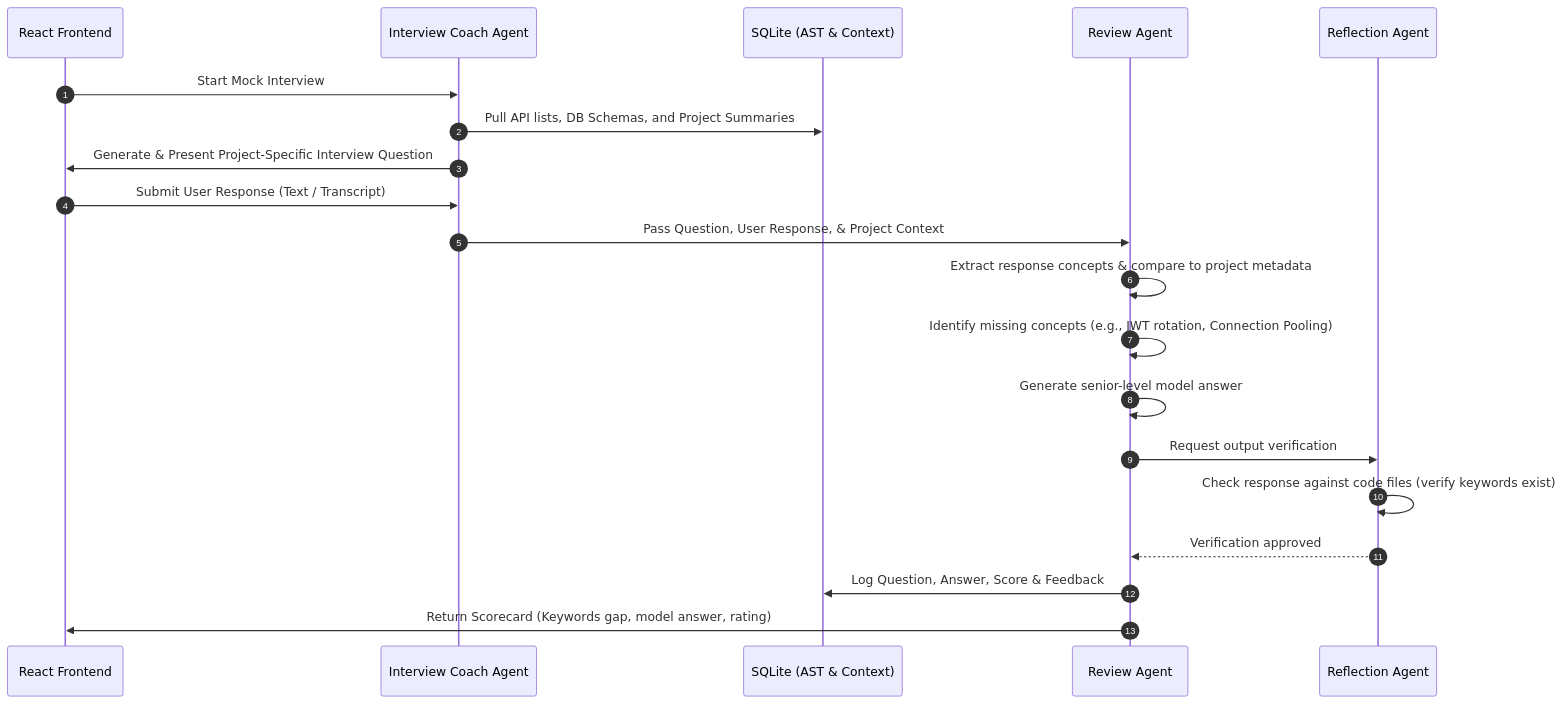
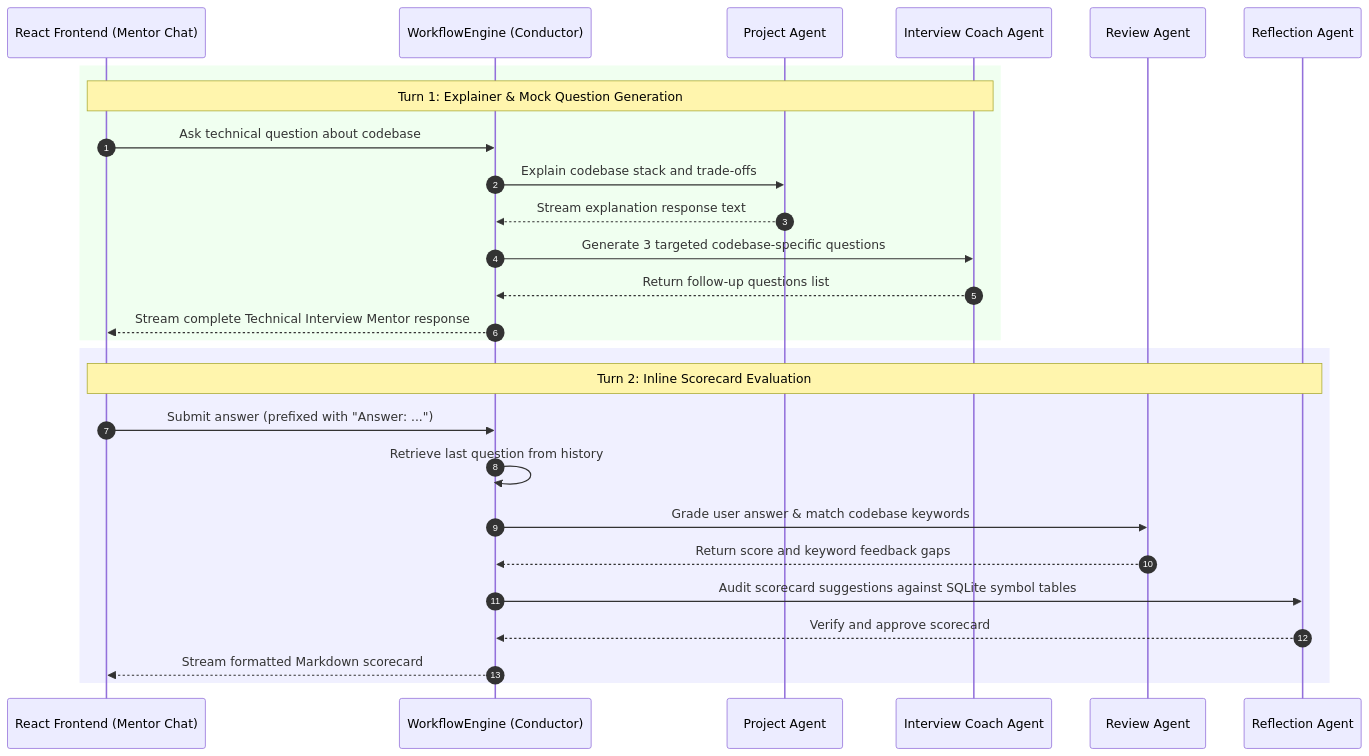
The third of 4 diagrams in ARCHITECTURE.md (Ayushaggarwal05/Personal_Intelligence_System), drawn with Mermaid before and after one commit. The commit also changed other lines of this file and 5 other files, not shown here.

Commit message:
feat: implement multi-agent orchestration workflow with Planner and Project agents to support unified tech interview mentoring.

````diff
--- a/ARCHITECTURE.md
+++ b/ARCHITECTURE.md
@@ -163,26 +161,31 @@
 ```mermaid
 sequenceDiagram
     autonumber
-    participant UI as React Frontend
+    participant UI as React Frontend (Mentor Chat)
+    participant WE as WorkflowEngine (Conductor)
+    participant PA as Project Agent
     participant IA as Interview Coach Agent
-    participant DB as SQLite (AST & Context)
     participant RA as Review Agent
     participant RE as Reflection Agent
+    
+    rect rgb(240, 255, 240)
+        note over UI, IA: Turn 1: Explainer & Mock Question Generation
+        UI->>WE: Ask technical question about codebase
+        WE->>PA: Explain codebase stack and trade-offs
+        PA-->>WE: Stream explanation response text
+        WE->>IA: Generate 3 targeted codebase-specific questions
+        IA-->>WE: Return follow-up questions list
+        WE-->>UI: Stream complete Technical Interview Mentor response
+    end
 
-    UI->>IA: Start Mock Interview
-    IA->>DB: Pull API lists, DB Schemas, and Project Summaries
-    IA->>UI: Generate & Present Project-Specific Interview Question
-    UI->>IA: Submit User Response (Text / Transcript)
-
-    IA->>RA: Pass Question, User Response, & Project Context
-    RA->>RA: Extract response concepts & compare to project metadata
-    RA->>RA: Identify missing concepts (e.g., JWT rotation, Connection Pooling)
-    RA->>RA: Generate senior-level model answer
-
-    RA->>RE: Request output verification
-    RE->>RE: Check response against code files (verify keywords exist)
-    RE-->>RA: Verification approved
-
-    RA->>DB: Log Question, Answer, Score & Feedback
-    RA->>UI: Return Scorecard (Keywords gap, model answer, rating)
+    rect rgb(240, 240, 255)
+        note over UI, RE: Turn 2: Inline Scorecard Evaluation
+        UI->>WE: Submit answer (prefixed with "Answer: ...")
+        WE->>WE: Retrieve last question from history
+        WE->>RA: Grade user answer & match codebase keywords
+        RA-->>WE: Return score and keyword feedback gaps
+        WE->>RE: Audit scorecard suggestions against SQLite symbol tables
+        RE-->>WE: Verify and approve scorecard
+        WE-->>UI: Stream formatted Markdown scorecard
+    end
 ```
````
